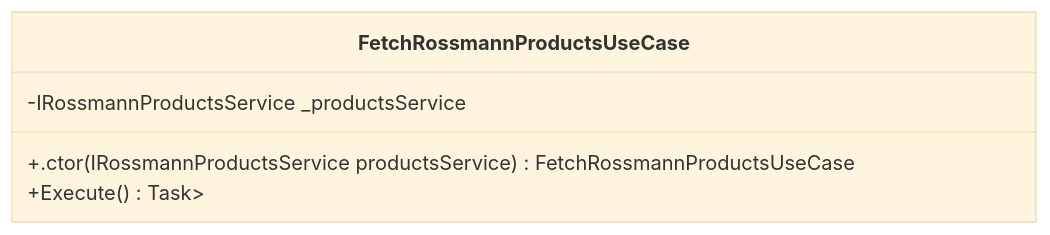
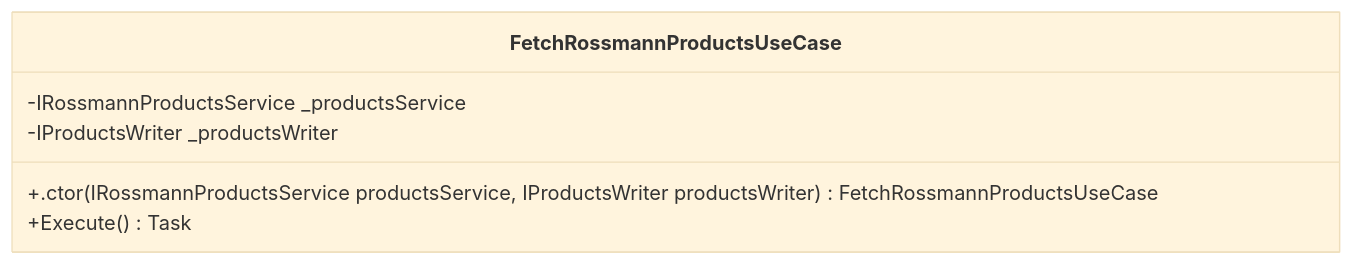
The fifth of 13 diagrams in CODE_METRICS.md (dominikus1993/argo-rossmann-product-fetcher), drawn with Mermaid (base theme) before and after one commit. The commit also changed other lines of this file, not shown here.

````diff
--- a/CODE_METRICS.md
+++ b/CODE_METRICS.md
@@ -552,9 +673,10 @@
 ```mermaid
 classDiagram
 class FetchRossmannProductsUseCase{
     -IRossmannProductsService _productsService
-    +.ctor(IRossmannProductsService productsService) FetchRossmannProductsUseCase
-    +Execute() Task<List<RossmannProductDto>>
+    -IProductsWriter _productsWriter
+    +.ctor(IRossmannProductsService productsService, IProductsWriter productsWriter) FetchRossmannProductsUseCase
+    +Execute() Task
 }
 
 ```
````
